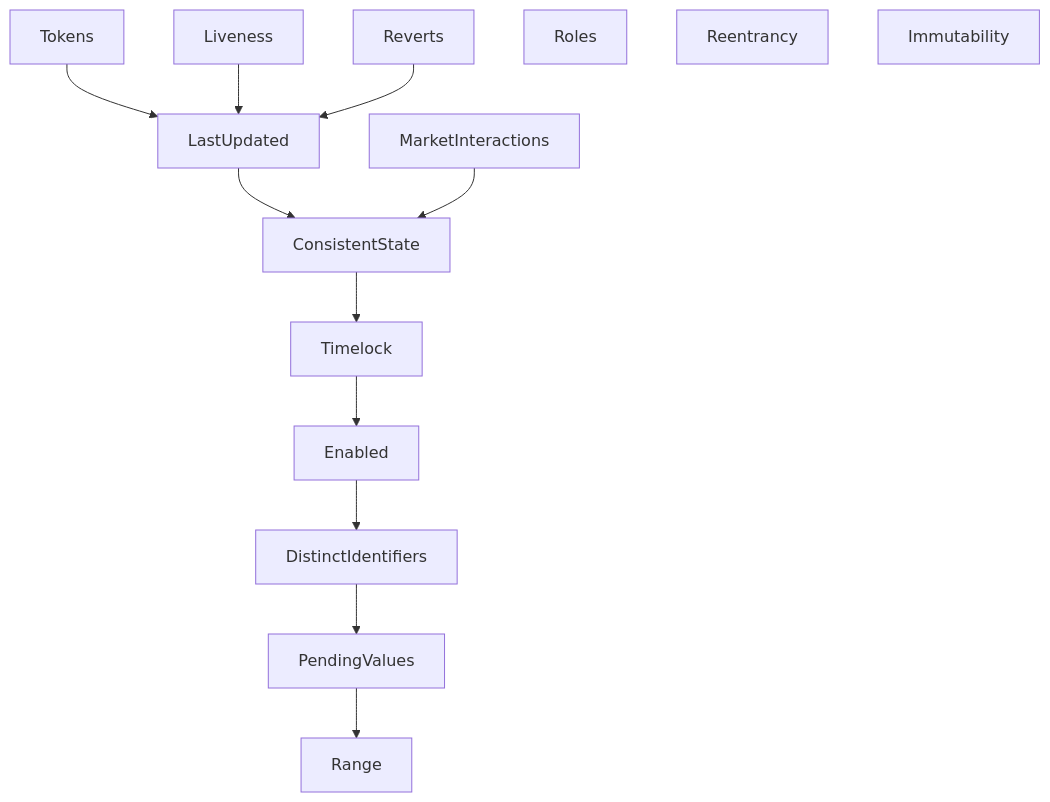
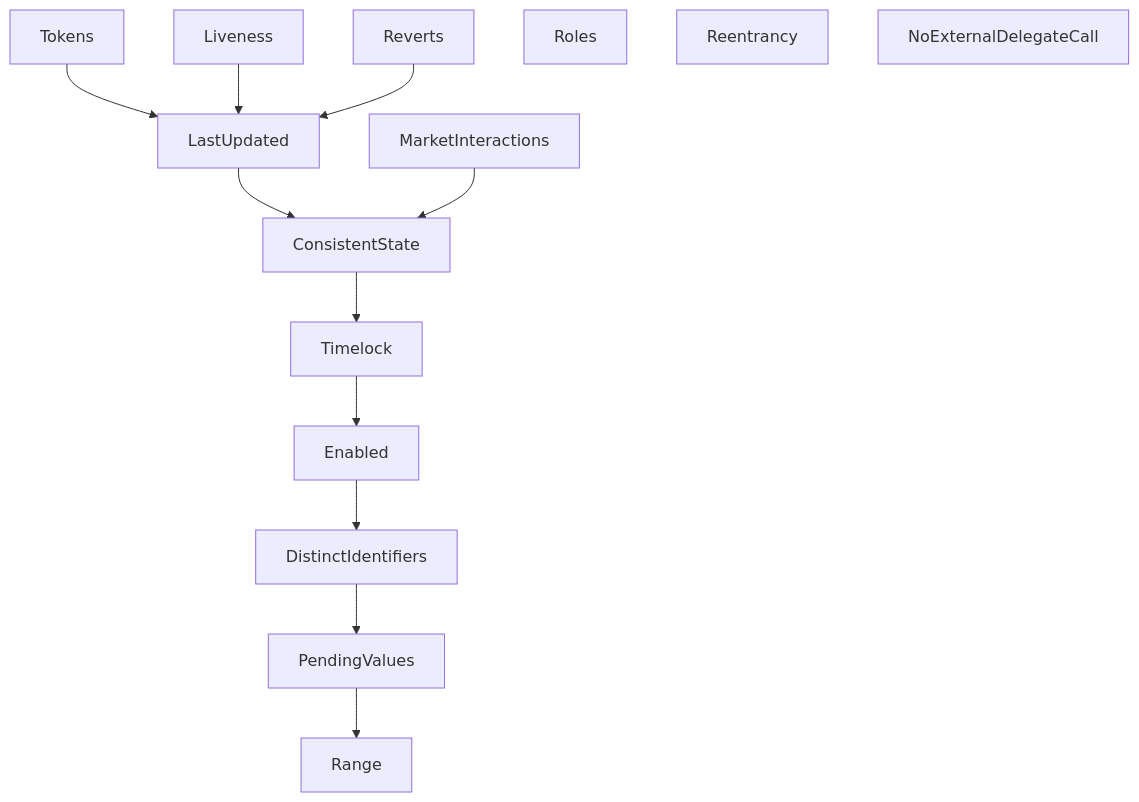
The diagram in certora/README.md (morpho-org/metamorpho), drawn with Mermaid before and after one commit. The commit also changed other lines of this file and 3 other files, not shown here.

Commit message:
rename Immutability spec to NoExternalDelegateCall

````diff
--- a/certora/README.md
+++ b/certora/README.md
@@ -227,16 +227,16 @@
 ```mermaid
 graph
 Tokens --> LastUpdated
 Liveness --> LastUpdated
 Reverts --> LastUpdated
 LastUpdated --> ConsistentState
 MarketInteractions --> ConsistentState
 ConsistentState --> Timelock
 Timelock --> Enabled
 Enabled --> DistinctIdentifiers
 DistinctIdentifiers --> PendingValues
 PendingValues --> Range
 Roles
 Reentrancy
-Immutability
+NoExternalDelegateCall
 ```
````
